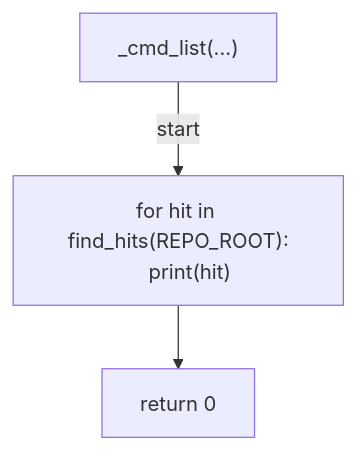
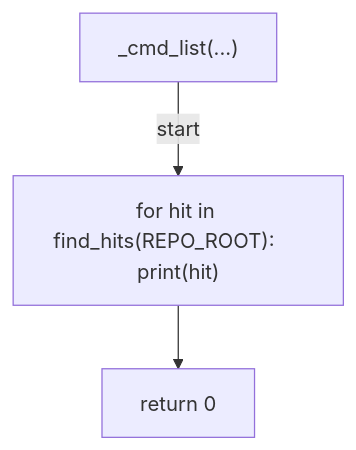
The fifth of 6 diagrams in docs/generated/scripts/ast/scan_compile_from_source.md (tvna/claude-md), drawn with Mermaid before and after one commit. The commit also changed other lines of this file and 29 other files, not shown here.

First line of the commit message:
docs(generated): regenerate decision tree and workflow diagrams (batch 3/5)

````diff
--- a/docs/generated/scripts/ast/scan_compile_from_source.md
+++ b/docs/generated/scripts/ast/scan_compile_from_source.md
@@ -84,9 +69,8 @@
 ```mermaid
 flowchart TD
     N001["_cmd_list(...)"]
-    N002["for hit in find_hits(REPO_ROOT):
-    print(hit)"]
+    N002["for hit in find_hits(REPO_ROOT):     print(hit)"]
     N003["return 0"]
     N001 -->|"start"| N002
     N002 --> N003
 ```
````
